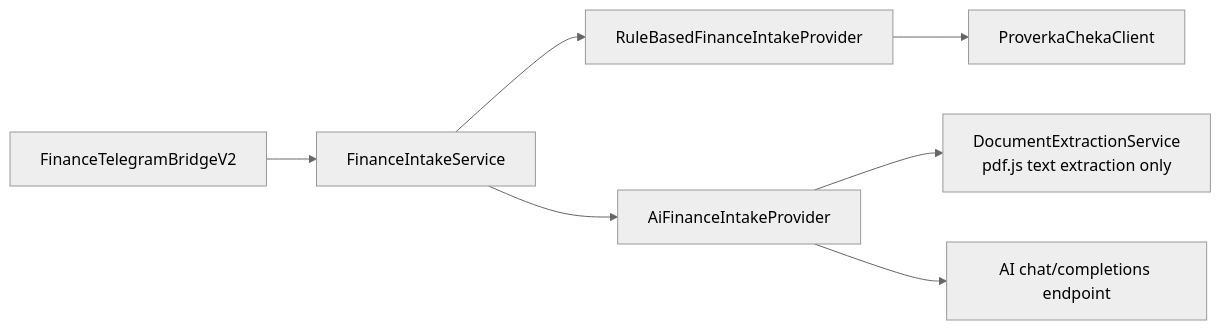
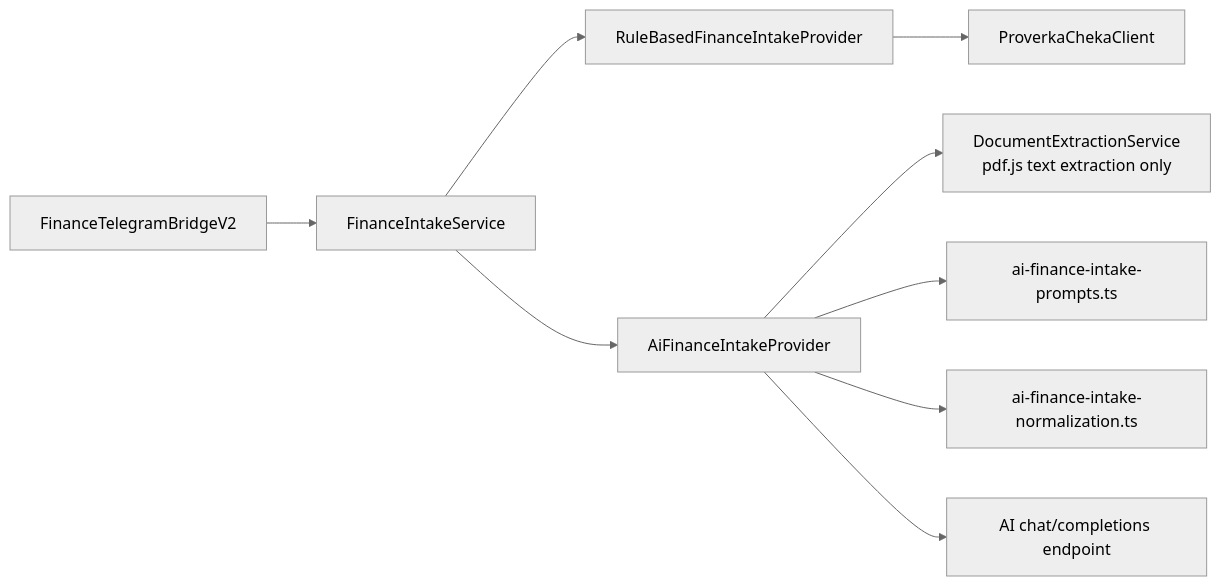
The first of 4 diagrams in docs/ai-finance-intake-provider.md (Xoanis/obsidian-expense-manager), drawn with Mermaid (neutral theme) before and after one commit. The commit also changed other lines of this file and 7 other files, not shown here.

Commit message:
refactor: extract AiFinanceIntakeProvider and RuleBasedFinanceIntakeProvider from  finance-intake-service.ts

````diff
--- a/docs/ai-finance-intake-provider.md
+++ b/docs/ai-finance-intake-provider.md
@@ -31,9 +31,11 @@
 ```mermaid
 flowchart LR
     TG["FinanceTelegramBridgeV2"] --> FI["FinanceIntakeService"]
     FI --> RP["RuleBasedFinanceIntakeProvider"]
     FI --> AP["AiFinanceIntakeProvider"]
     AP --> DX["DocumentExtractionService<br/>pdf.js text extraction only"]
+    AP --> PR["ai-finance-intake-prompts.ts"]
+    AP --> NM["ai-finance-intake-normalization.ts"]
     AP --> AI["AI chat/completions endpoint"]
     RP --> QR["ProverkaChekaClient"]
 ```
````
